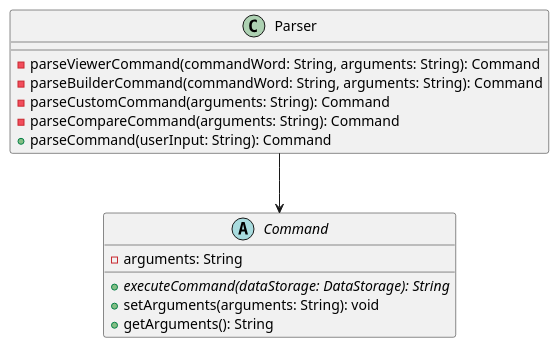
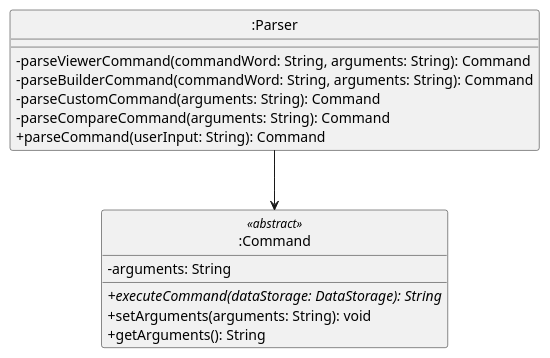
One commit to typingpanda/tp changed the diagram in docs/uml-source/ParserClass.puml. Above: the diagram before and after it, drawn with PlantUML. The commit also changed 4 other files, not shown here.

Commit message:
Update ViewerAddCommand to include the activation bar Update ParserClass class diagram to follow standard practice for diagrams

```diff
--- a/docs/uml-source/ParserClass.puml
+++ b/docs/uml-source/ParserClass.puml
@@ -1,23 +1,30 @@
 @startuml
+skinparam classAttributeIconSize 0
+
+class ":Parser" as Parser
+class ":Command" as Command
 
 class Parser {
     -parseViewerCommand(commandWord: String, arguments: String): Command
     -parseBuilderCommand(commandWord: String, arguments: String): Command
     -parseCustomCommand(arguments: String): Command
     -parseCompareCommand(arguments: String): Command
     +parseCommand(userInput: String): Command
 }
 
-abstract class Command {
+class Command <<abstract>>{
     - arguments: String
     {abstract} + executeCommand(dataStorage: DataStorage): String
     + setArguments(arguments: String): void
     + getArguments(): String
 }
 
 
 Parser --> Command
 
+hide Parser circle
+hide Command circle
+
 
 
 @enduml
```
